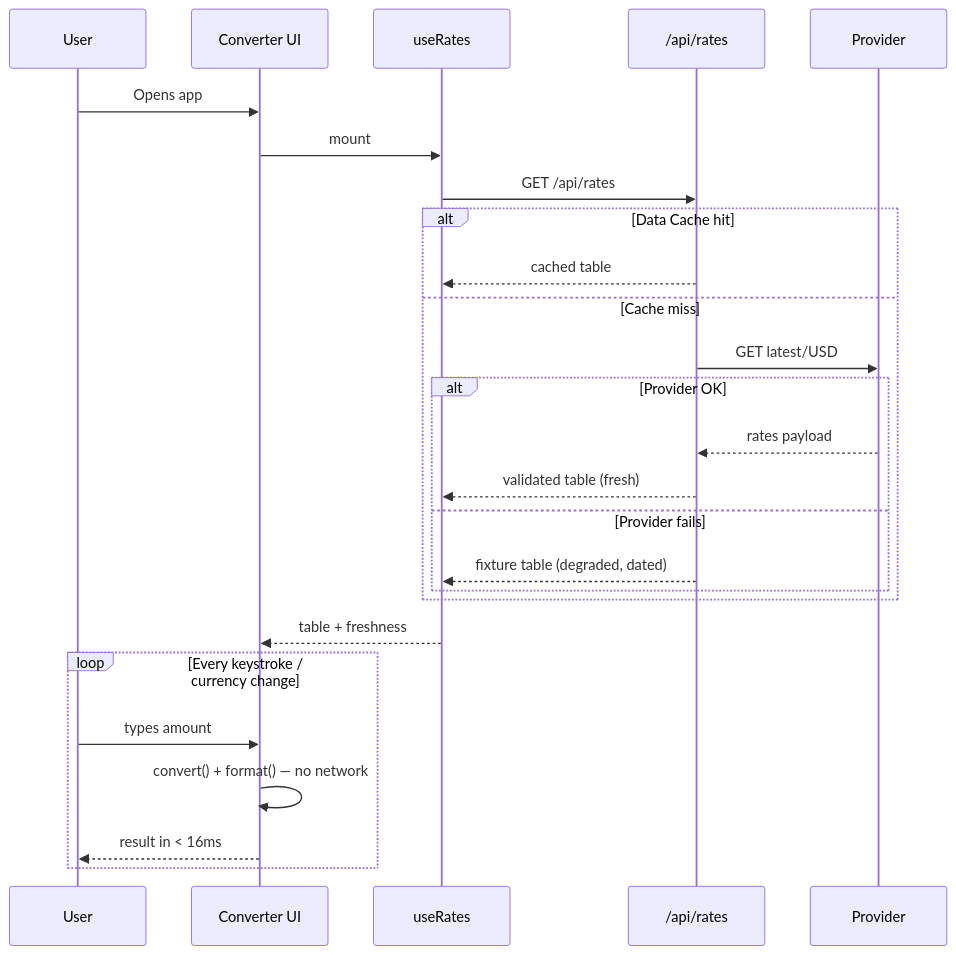
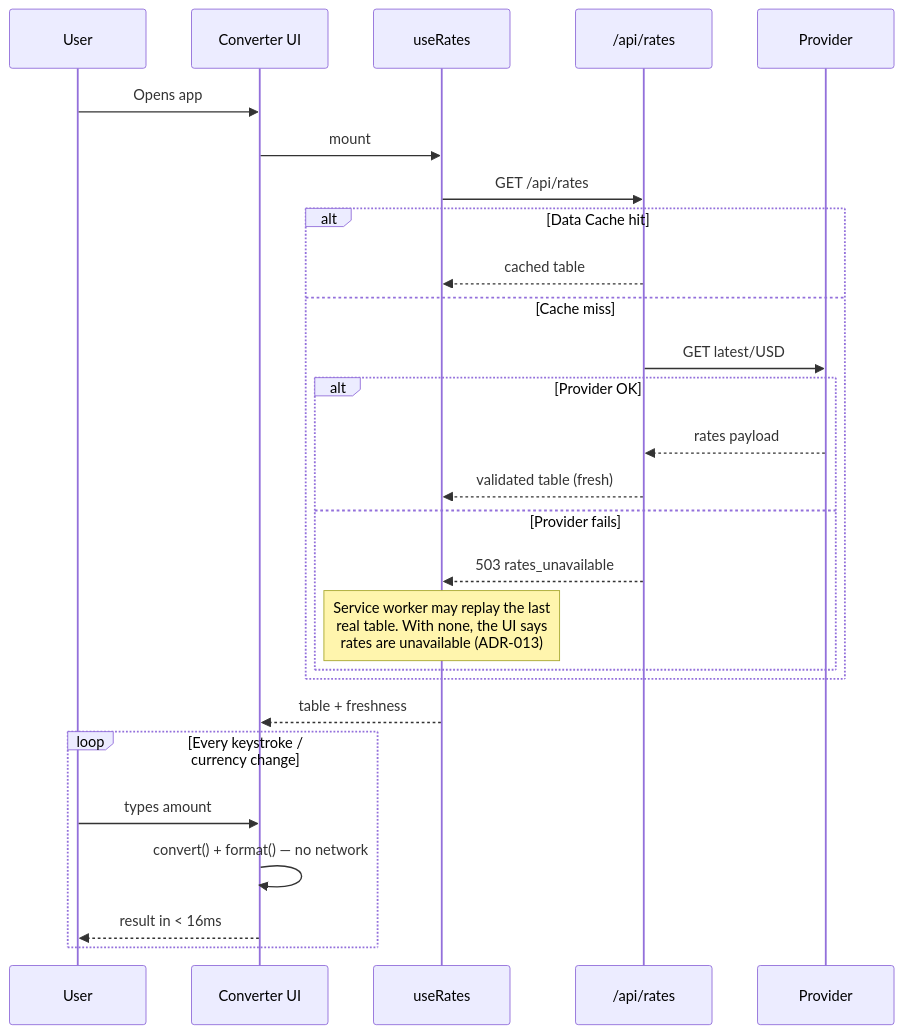
The second of 2 diagrams in docs/ARCHITECTURE.md (paoloherrera97-eng/pricelens), drawn with Mermaid before and after one commit. The commit also changed other lines of this file and 27 other files, not shown here.

````diff
--- a/docs/ARCHITECTURE.md
+++ b/docs/ARCHITECTURE.md
@@ -86,30 +87,31 @@
 ```mermaid
 sequenceDiagram
     participant U as User
     participant C as Converter UI
     participant H as useRates
     participant R as /api/rates
     participant P as Provider
 
     U->>C: Opens app
     C->>H: mount
     H->>R: GET /api/rates
     alt Data Cache hit
         R-->>H: cached table
     else Cache miss
         R->>P: GET latest/USD
         alt Provider OK
             P-->>R: rates payload
             R-->>H: validated table (fresh)
         else Provider fails
-            R-->>H: fixture table (degraded, dated)
+            R-->>H: 503 rates_unavailable
+            Note over H: Service worker may replay the last<br/>real table. With none, the UI says<br/>rates are unavailable (ADR-013)
         end
     end
     H-->>C: table + freshness
 
     loop Every keystroke / currency change
         U->>C: types amount
         C->>C: convert() + format()  — no network
         C-->>U: result in < 16ms
     end
 ```
````
